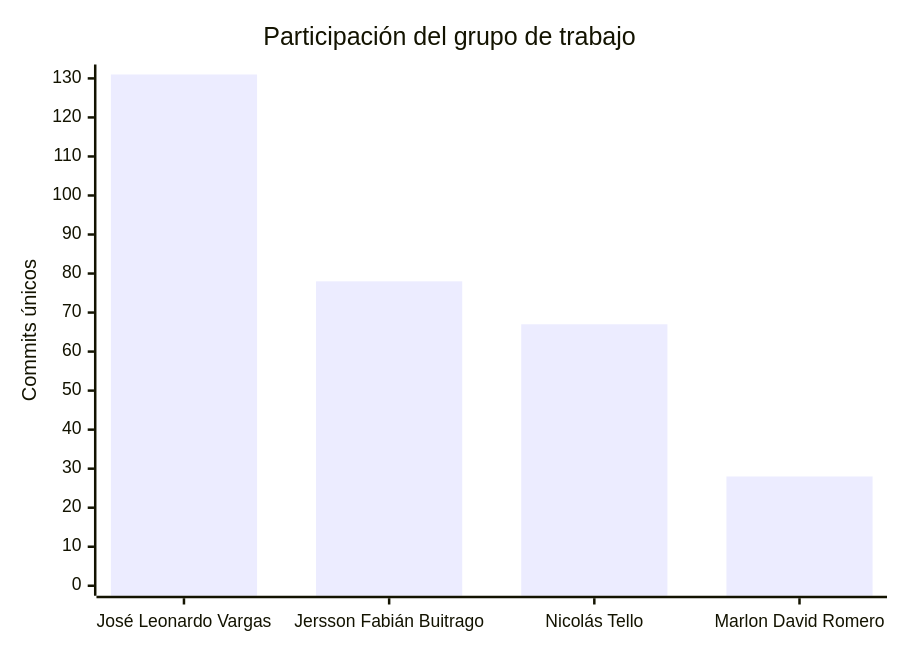
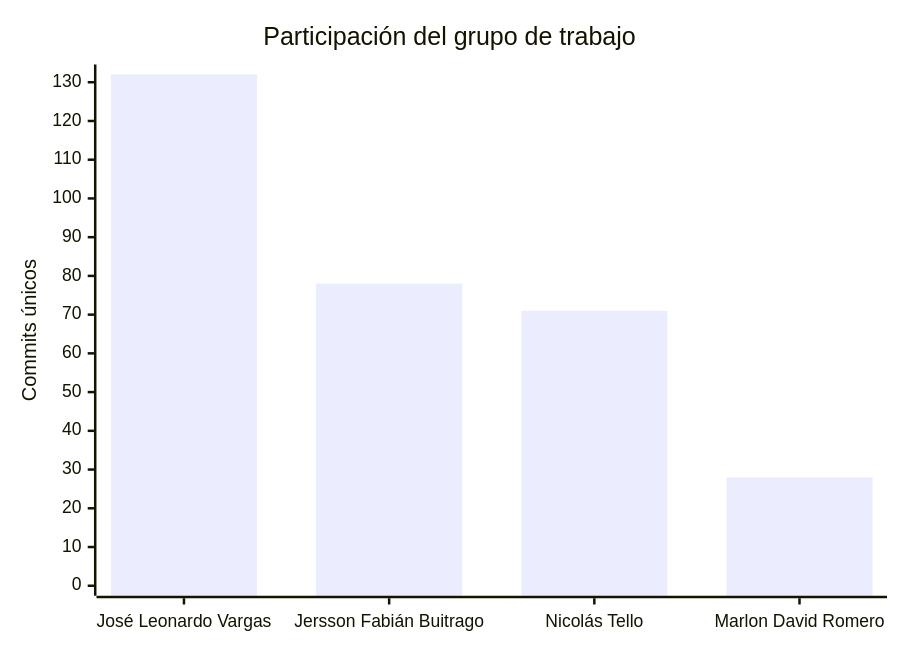
The second of 2 diagrams in README.md (FarmaExpres/FarmaExpres), drawn with Mermaid before and after one commit. The commit also changed other lines of this file and 1 other file, not shown here.

````diff
--- a/README.md
+++ b/README.md
@@ -401,7 +401,7 @@
 ```mermaid
 xychart-beta
     title "Participación del grupo de trabajo"
     x-axis ["José Leonardo Vargas", "Jersson Fabián Buitrago", "Nicolás Tello", "Marlon David Romero"]
-    y-axis "Commits únicos" 0 --> 131
-    bar [131, 78, 67, 28]
+    y-axis "Commits únicos" 0 --> 132
+    bar [132, 78, 71, 28]
 ```
````
